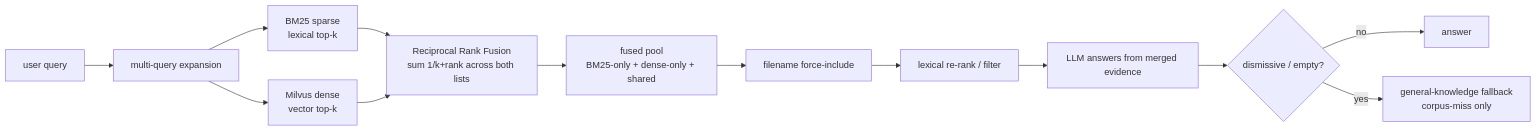
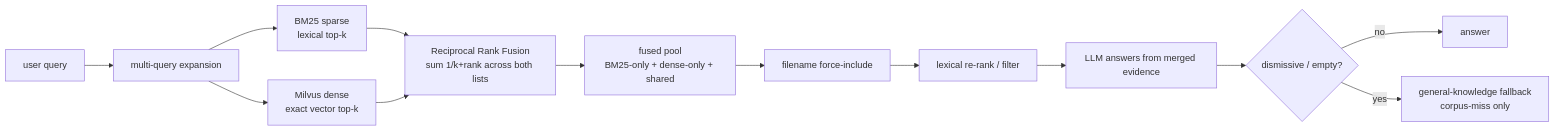
Before and after one commit to freemonj-gmail/jarvis-rag: the diagram in README.md, drawn with Mermaid. The commit also changed other lines of this file and 4 other files, not shown here.

````diff
--- a/README.md
+++ b/README.md
@@ -59,15 +66,15 @@
 ```mermaid
 flowchart LR
     Q[user query] --> EXP[multi-query expansion]
     EXP --> B[BM25 sparse<br/>lexical top-k]
-    EXP --> M[Milvus dense<br/>vector top-k]
+    EXP --> M[Milvus dense<br/>exact vector top-k]
     B --> RRF[Reciprocal Rank Fusion<br/>sum 1/k+rank across both lists]
     M --> RRF
     RRF --> U[fused pool<br/>BM25-only + dense-only + shared]
     U --> FI[filename force-include]
     FI --> SC[lexical re-rank / filter]
     SC --> LLM[LLM answers from merged evidence]
     LLM --> DIS{dismissive / empty?}
     DIS -->|no| ANS[answer]
     DIS -->|yes| GK[general-knowledge fallback<br/>corpus-miss only]
 ```
````
